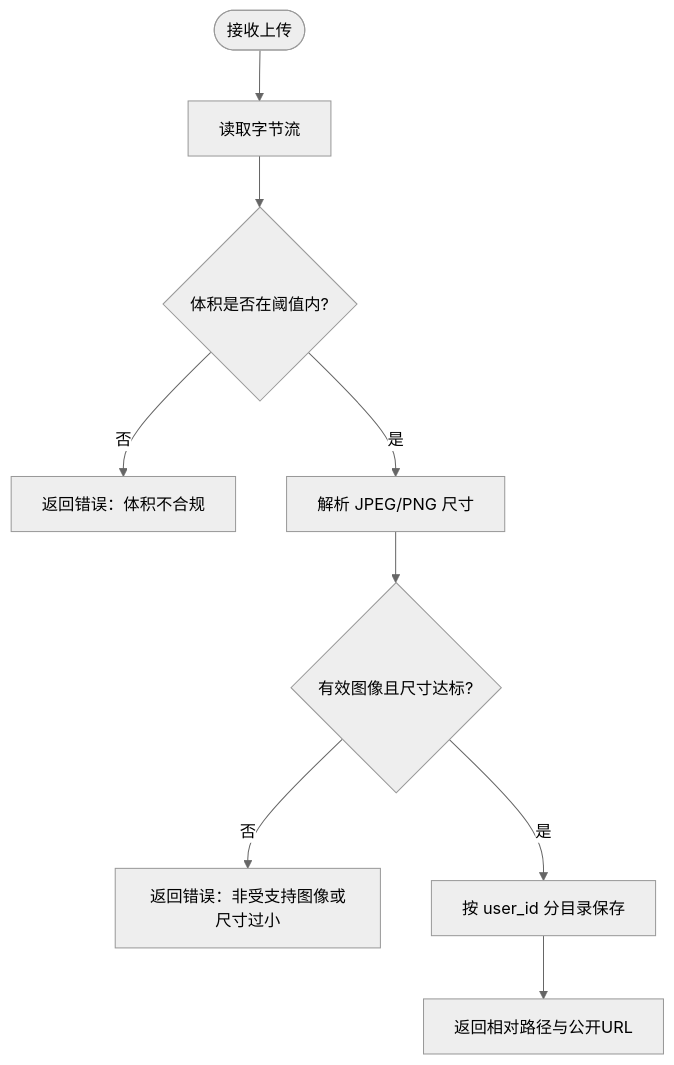
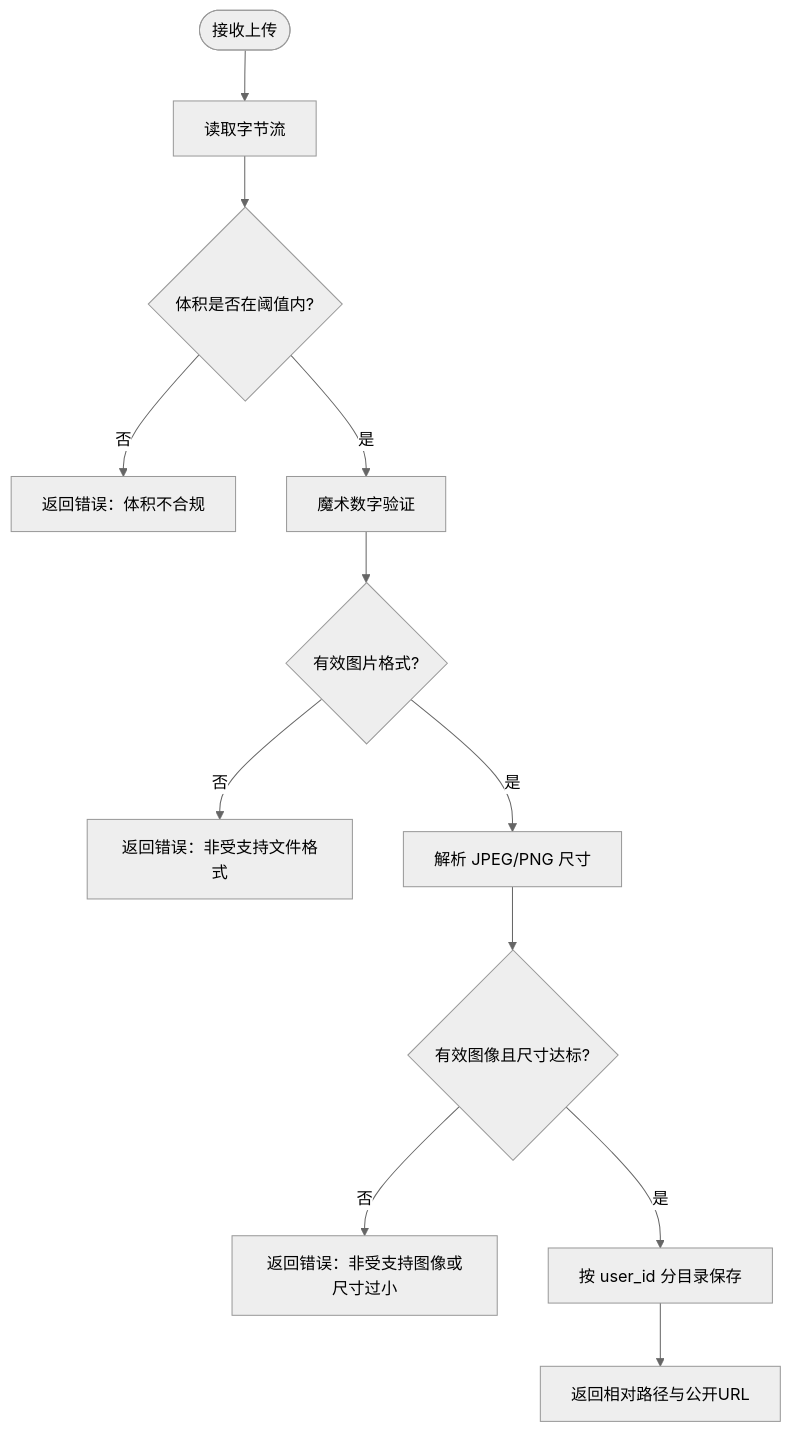
One commit to onebody/homework changed the fourth of 6 diagrams in .qoder/repowiki/zh/content/安全与认证机制/数据安全保护.md. Above: the diagram before and after it, drawn with Mermaid (neutral theme). The commit also changed other lines of this file and 14 other files, not shown here.

````diff
--- a/.qoder/repowiki/zh/content/安全与认证机制/数据安全保护.md
+++ b/.qoder/repowiki/zh/content/安全与认证机制/数据安全保护.md
@@ -230,11 +253,14 @@
 ```mermaid
 flowchart TD
 Start(["接收上传"]) --> Read["读取字节流"]
 Read --> SizeCheck{"体积是否在阈值内?"}
 SizeCheck --> |否| ErrSize["返回错误：体积不合规"]
-SizeCheck --> |是| Parse["解析 JPEG/PNG 尺寸"]
+SizeCheck --> |是| MagicCheck["魔术数字验证"]
+MagicCheck --> ValidMagic{"有效图片格式?"}
+ValidMagic --> |否| ErrMagic["返回错误：非受支持文件格式"]
+ValidMagic --> |是| Parse["解析 JPEG/PNG 尺寸"]
 Parse --> ValidFmt{"有效图像且尺寸达标?"}
 ValidFmt --> |否| ErrFmt["返回错误：非受支持图像或尺寸过小"]
 ValidFmt --> |是| Save["按 user_id 分目录保存"]
 Save --> Return["返回相对路径与公开URL"]
 ```
````
